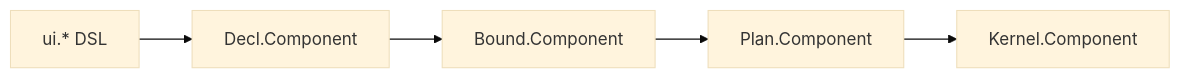
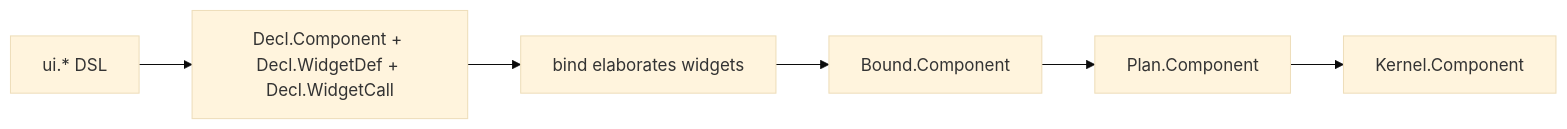
Before and after one commit to cperion/terraui: the diagram in docs/design/09-authoring-api.md, drawn with Mermaid (base theme). The commit also changed other lines of this file and 16 other files, not shown here.

Commit message:
Add Decl-level widget definitions and bind-time elaboration

````diff
--- a/docs/design/09-authoring-api.md
+++ b/docs/design/09-authoring-api.md
@@ -95,7 +97,8 @@
 ```mermaid
 flowchart LR
-    A[ui.* DSL] --> B[Decl.Component]
-    B --> C[Bound.Component]
-    C --> D[Plan.Component]
-    D --> E[Kernel.Component]
+    A[ui.* DSL] --> B[Decl.Component + Decl.WidgetDef + Decl.WidgetCall]
+    B --> C[bind elaborates widgets]
+    C --> D[Bound.Component]
+    D --> E[Plan.Component]
+    E --> F[Kernel.Component]
 ```
````
